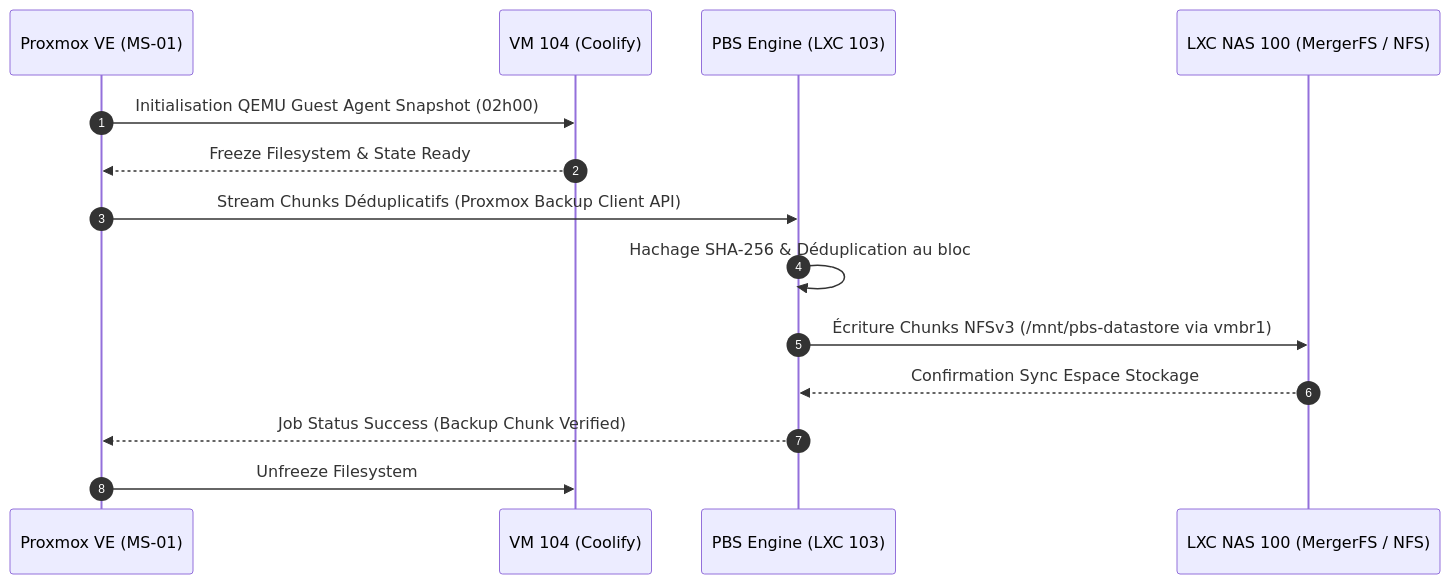
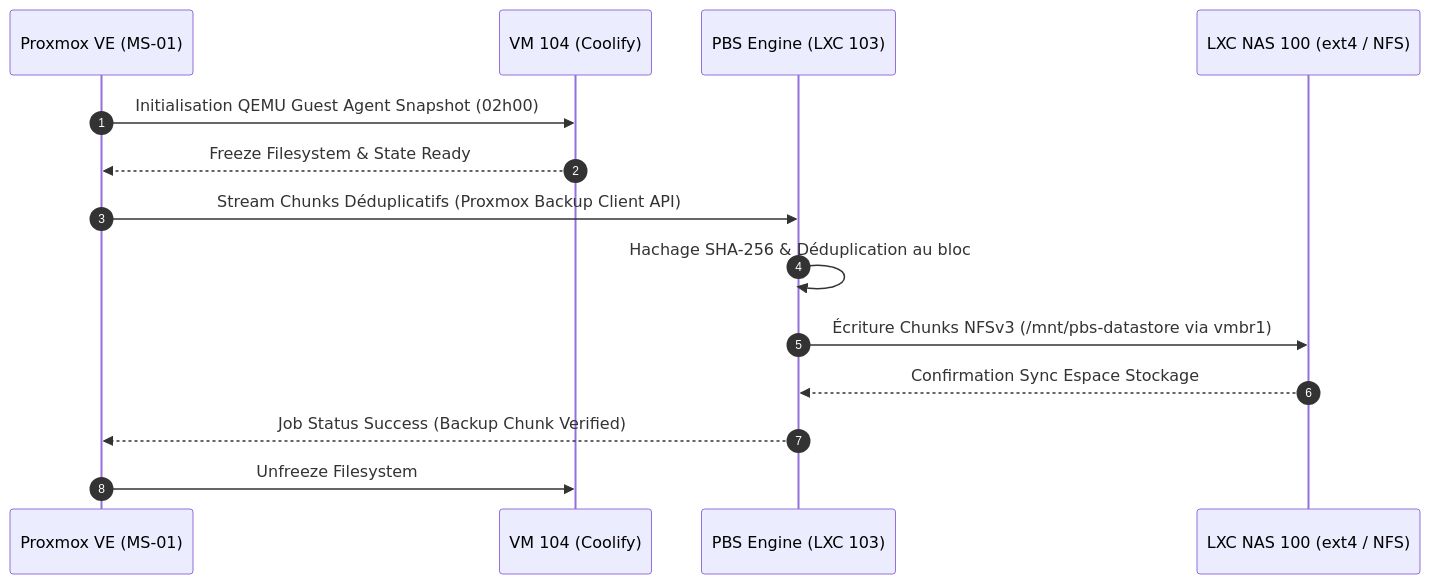
One commit to ims-world/docs changed the second of 2 diagrams in infrastructure/ims-pbs.md. Above: the diagram before and after it, drawn with Mermaid. The commit also changed other lines of this file and 20 other files, not shown here.

````diff
--- a/infrastructure/ims-pbs.md
+++ b/infrastructure/ims-pbs.md
@@ -95,17 +95,17 @@
 ```mermaid
 sequenceDiagram
     autonumber
     participant PVE as Proxmox VE (MS-01)
     participant VM as VM 104 (Coolify)
     participant PBS as PBS Engine (LXC 103)
-    participant NAS as LXC NAS 100 (MergerFS / NFS)
+    participant NAS as LXC NAS 100 (ext4 / NFS)
 
     PVE->>VM: Initialisation QEMU Guest Agent Snapshot (02h00)
     VM-->>PVE: Freeze Filesystem & State Ready
     PVE->>PBS: Stream Chunks Déduplicatifs (Proxmox Backup Client API)
     PBS->>PBS: Hachage SHA-256 & Déduplication au bloc
     PBS->>NAS: Écriture Chunks NFSv3 (/mnt/pbs-datastore via vmbr1)
     NAS-->>PBS: Confirmation Sync Espace Stockage
     PBS-->>PVE: Job Status Success (Backup Chunk Verified)
     PVE->>VM: Unfreeze Filesystem
 ```
````
